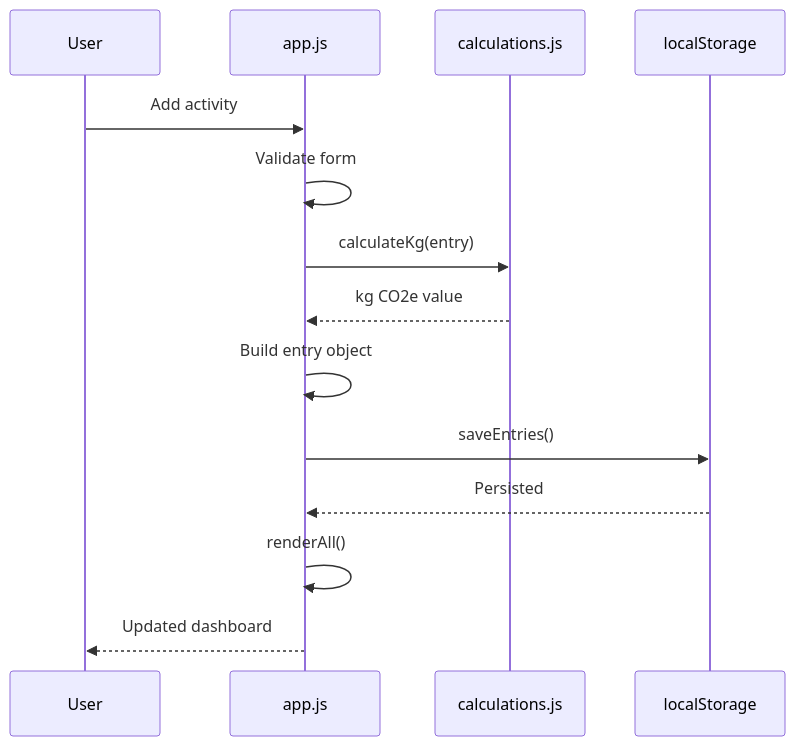
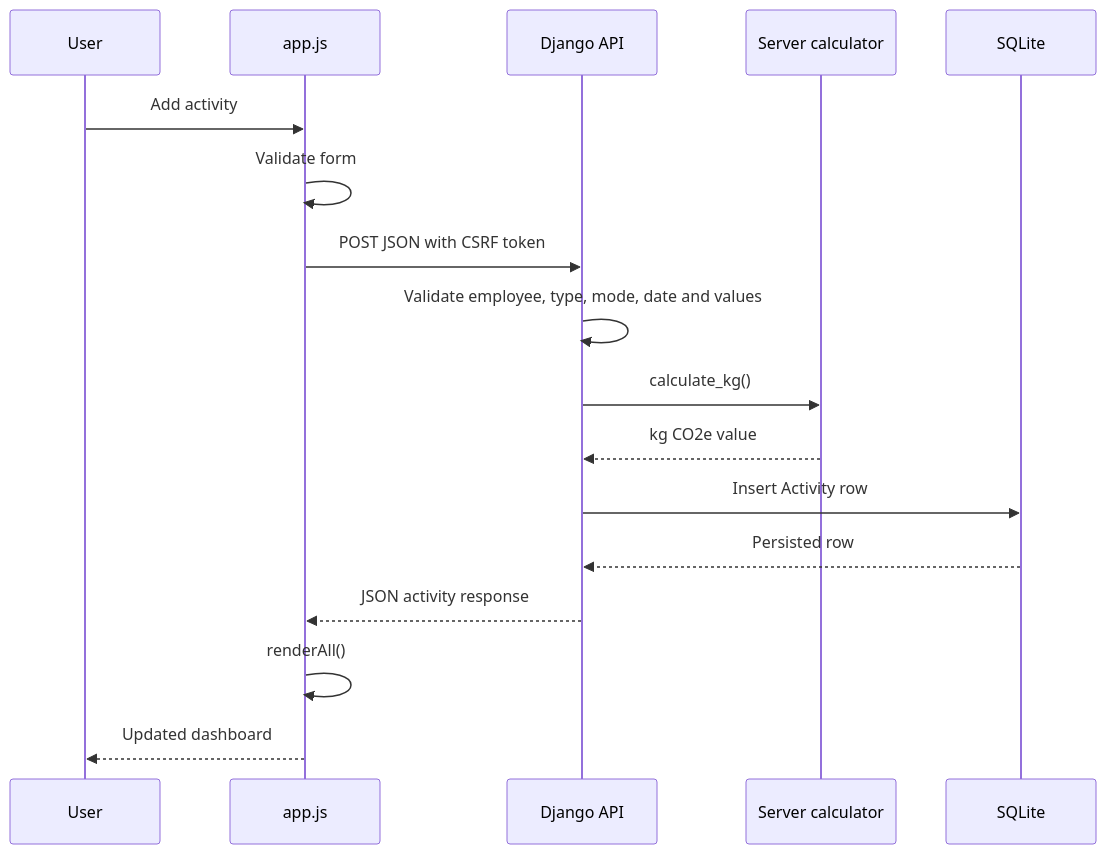
The fourth of 8 diagrams in ARCHITECTURE.md (jkleecloud/hackcarbonapp), drawn with Mermaid before and after one commit. The commit also changed other lines of this file and 37 other files, not shown here.

````diff
--- a/ARCHITECTURE.md
+++ b/ARCHITECTURE.md
@@ -116,17 +123,20 @@
 ```mermaid
 sequenceDiagram
     participant U as User
     participant UI as app.js
-    participant C as calculations.js
-    participant S as localStorage
+    participant D as Django API
+    participant C as Server calculator
+    participant S as SQLite
 
     U->>UI: Add activity
     UI->>UI: Validate form
-    UI->>C: calculateKg(entry)
-    C-->>UI: kg CO2e value
-    UI->>UI: Build entry object
-    UI->>S: saveEntries()
-    S-->>UI: Persisted
+    UI->>D: POST JSON with CSRF token
+    D->>D: Validate employee, type, mode, date and values
+    D->>C: calculate_kg()
+    C-->>D: kg CO2e value
+    D->>S: Insert Activity row
+    S-->>D: Persisted row
+    D-->>UI: JSON activity response
     UI->>UI: renderAll()
     UI-->>U: Updated dashboard
 ```
````
